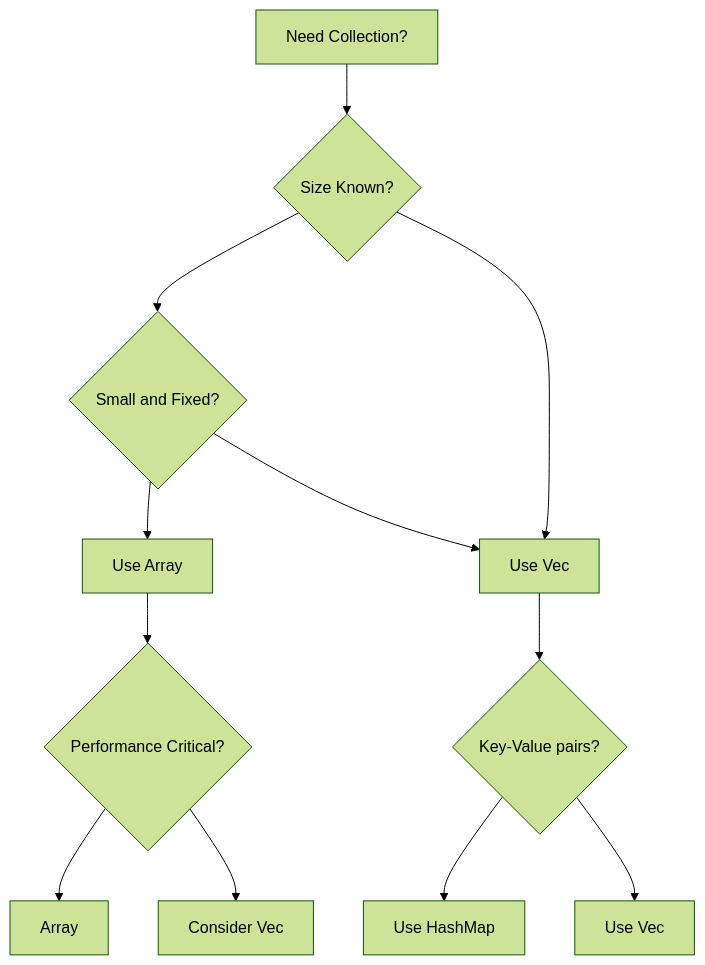
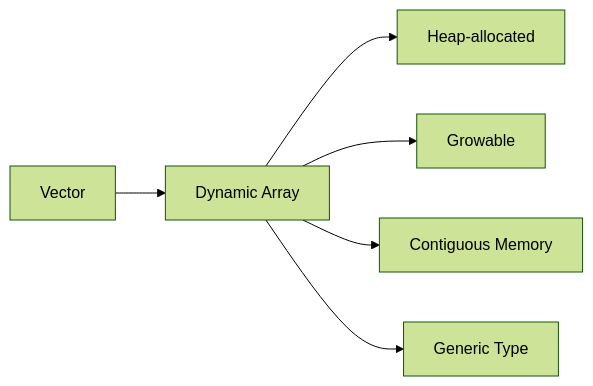
One commit to khieu-dv/vievlog changed the third of 5 diagrams in src/content/soft-skills/rust/bai-5.mdx. Above: the diagram before and after it, drawn with Mermaid (forest theme). The commit also changed other lines of this file and 7 other files, not shown here.

````diff
--- a/src/content/soft-skills/rust/bai-5.mdx
+++ b/src/content/soft-skills/rust/bai-5.mdx
@@ -268,17 +111,8 @@
 ```mermaid
-flowchart TD
-    A[Need Collection?] --> B{Size Known?}
-    B --> C{Small and Fixed?}
-    B --> D[Use Vec]
-    
-    C --> E[Use Array]
-    C --> D
-    
-    D --> F{Key-Value pairs?}
-    F --> G[Use HashMap]
-    F --> H[Use Vec]
-    
-    E --> I{Performance Critical?}
-    I --> J[Array]
-    I --> K[Consider Vec]
+graph LR
+    A[Vector] --> B[Dynamic Array]
+    B --> C[Heap-allocated]
+    B --> D[Growable]
+    B --> E[Contiguous Memory]
+    B --> F[Generic Type]
 ```
````
